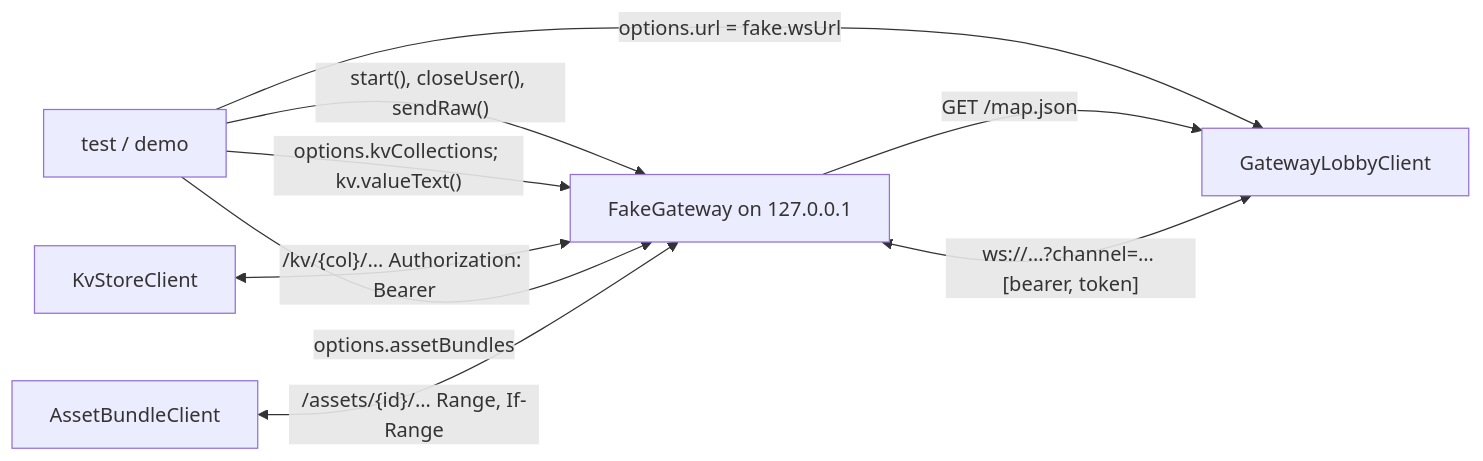
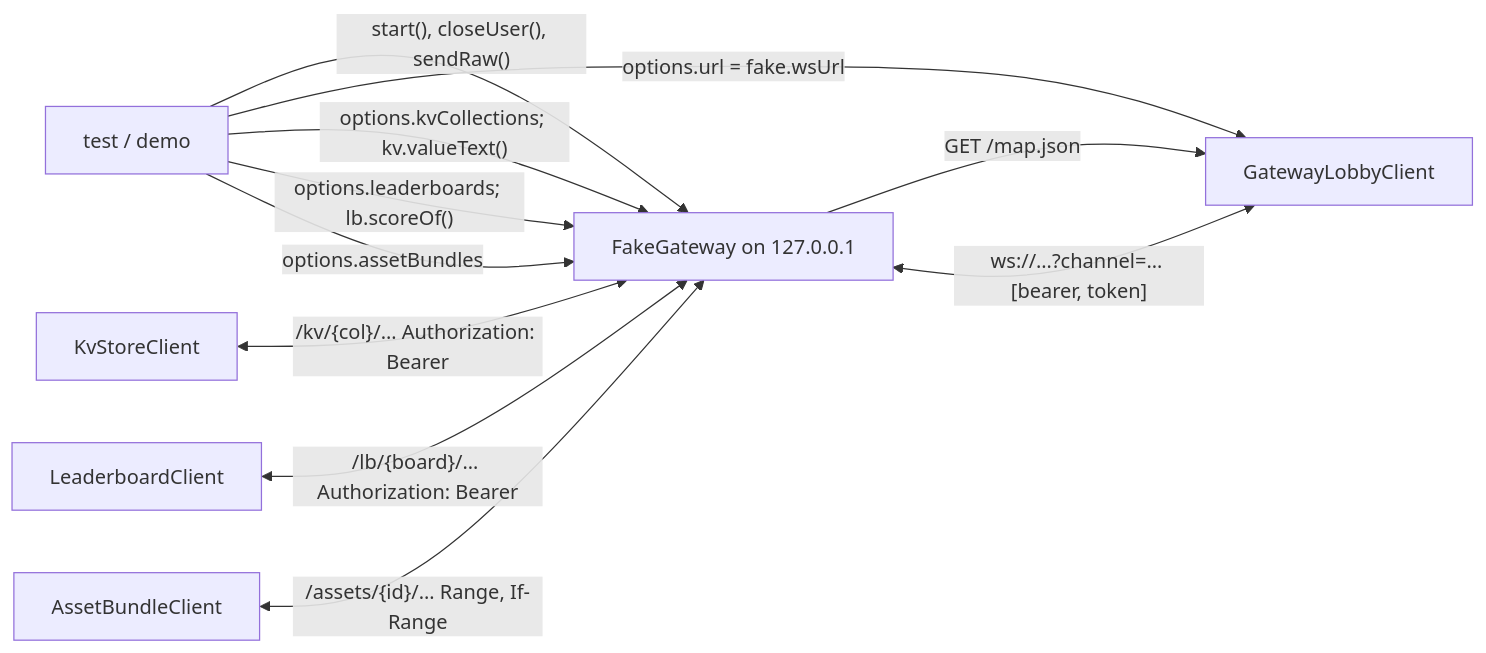
Before and after one commit to yingyeothon/flutterlib: the diagram in packages/yingyeothon_fake_gateway/README.md, drawn with Mermaid. The commit also changed other lines of this file and 38 other files, not shown here.

````diff
--- a/packages/yingyeothon_fake_gateway/README.md
+++ b/packages/yingyeothon_fake_gateway/README.md
@@ -40,11 +43,13 @@
 ```mermaid
 flowchart LR
   test["test / demo"] -- "start(), closeUser(), sendRaw()" --> fake["FakeGateway on 127.0.0.1"]
   test -- "options.url = fake.wsUrl" --> sdk["GatewayLobbyClient"]
   sdk <-- "ws://…?channel=… [bearer, token]" --> fake
   fake -- "GET /map.json" --> sdk
   test -- "options.kvCollections; kv.valueText()" --> fake
   kv["KvStoreClient"] <-- "/kv/{col}/… Authorization: Bearer" --> fake
+  test -- "options.leaderboards; lb.scoreOf()" --> fake
+  lb["LeaderboardClient"] <-- "/lb/{board}/… Authorization: Bearer" --> fake
   test -- "options.assetBundles" --> fake
   assets["AssetBundleClient"] <-- "/assets/{id}/… Range, If-Range" --> fake
 ```
````
